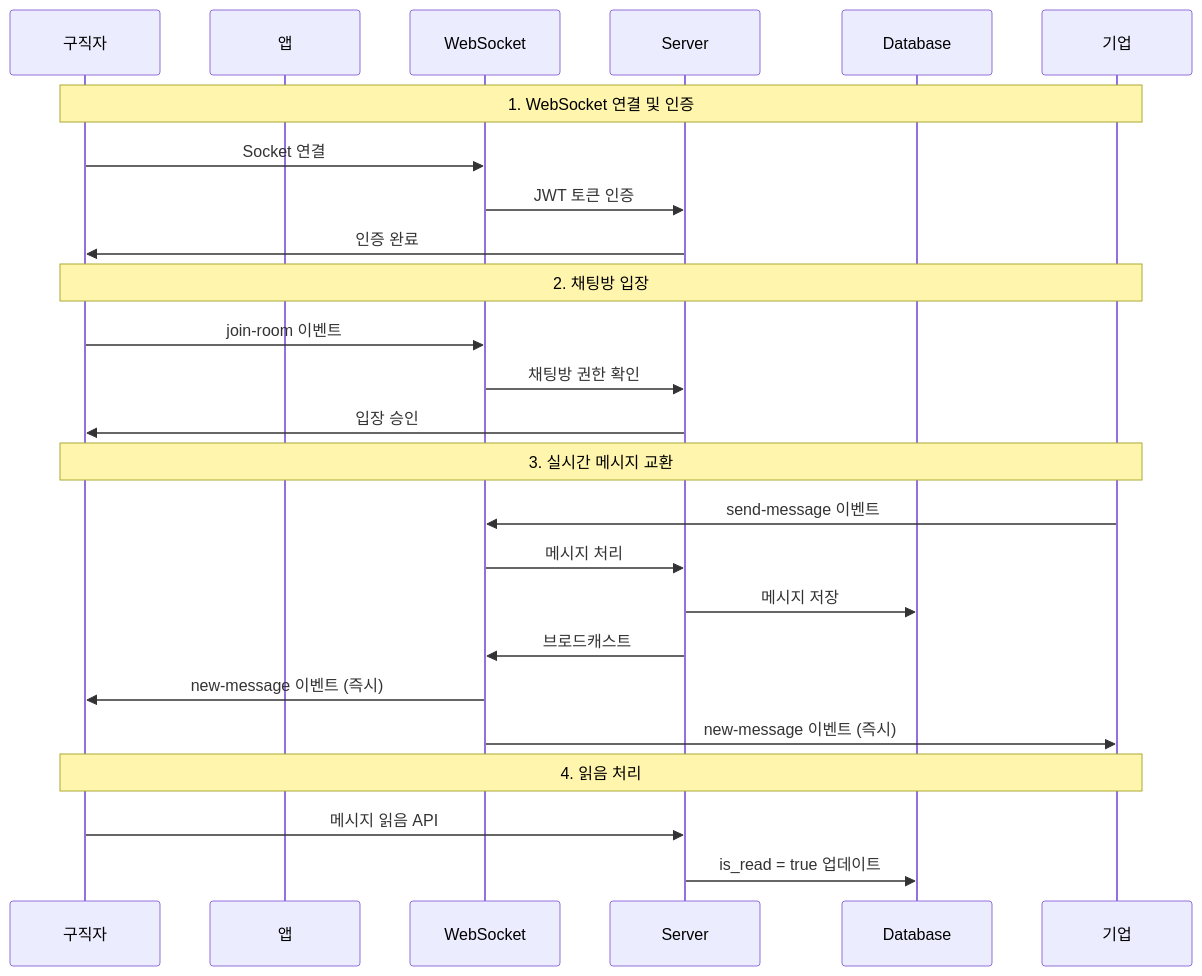
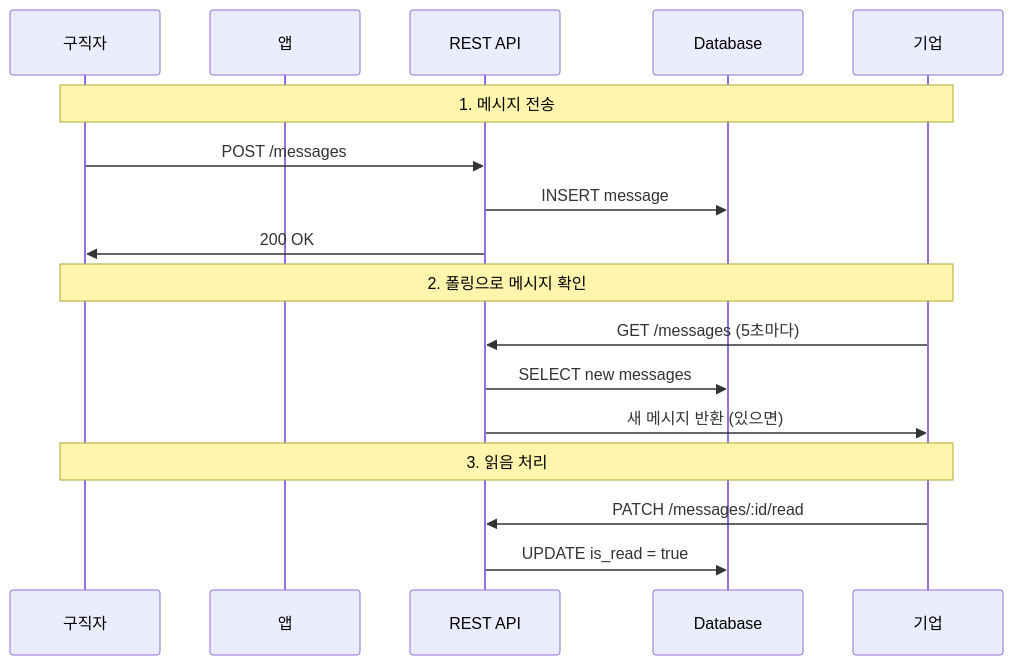
The diagram in docs/features/messaging.md (hyson0807/kgency), drawn with Mermaid before and after one commit. The commit also changed other lines of this file and 2 other files, not shown here.

````diff
--- a/docs/features/messaging.md
+++ b/docs/features/messaging.md
@@ -11,31 +38,22 @@
 ```mermaid
 sequenceDiagram
     participant U as 구직자
     participant A as 앱
-    participant WS as WebSocket
-    participant S as Server
+    participant API as REST API
     participant DB as Database
     participant C as 기업
     
-    Note over U,C: 1. WebSocket 연결 및 인증
-    U->>WS: Socket 연결
-    WS->>S: JWT 토큰 인증
-    S->>U: 인증 완료
+    Note over U,C: 1. 메시지 전송
+    U->>API: POST /messages
+    API->>DB: INSERT message
+    API->>U: 200 OK
     
-    Note over U,C: 2. 채팅방 입장
-    U->>WS: join-room 이벤트
-    WS->>S: 채팅방 권한 확인
-    S->>U: 입장 승인
+    Note over U,C: 2. 폴링으로 메시지 확인
+    C->>API: GET /messages (5초마다)
+    API->>DB: SELECT new messages
+    API->>C: 새 메시지 반환 (있으면)
     
-    Note over U,C: 3. 실시간 메시지 교환
-    C->>WS: send-message 이벤트
-    WS->>S: 메시지 처리
-    S->>DB: 메시지 저장
-    S->>WS: 브로드캐스트
-    WS->>U: new-message 이벤트 (즉시)
-    WS->>C: new-message 이벤트 (즉시)
-    
-    Note over U,C: 4. 읽음 처리
-    U->>S: 메시지 읽음 API
-    S->>DB: is_read = true 업데이트
+    Note over U,C: 3. 읽음 처리
+    C->>API: PATCH /messages/:id/read
+    API->>DB: UPDATE is_read = true
 ```
````
